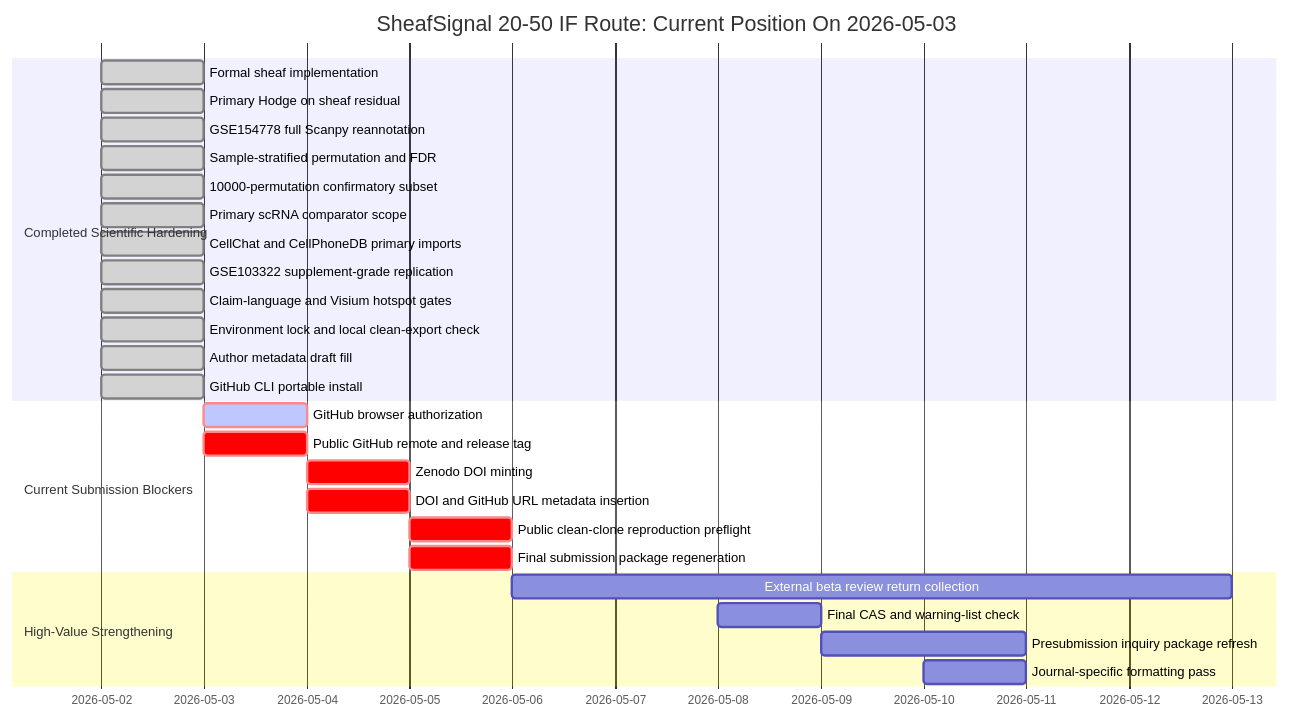
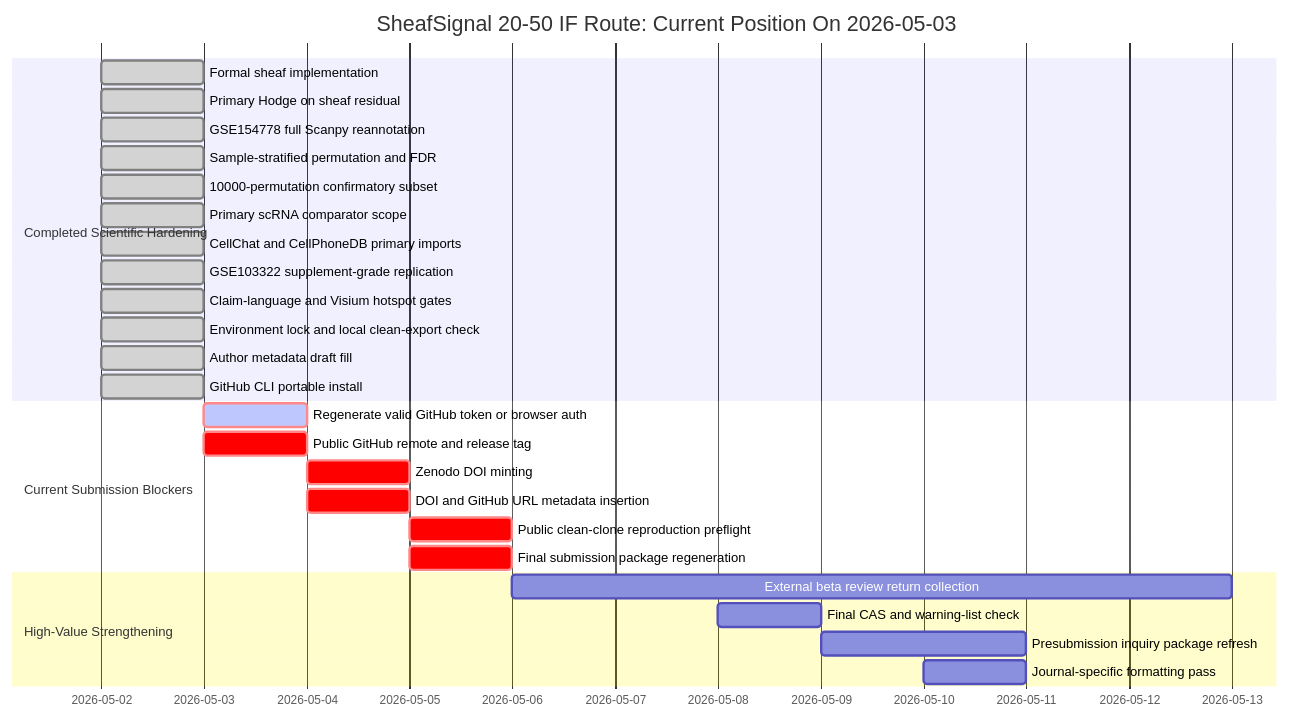
The diagram in manuscript/SHEAFSIGNAL_STATUS_DASHBOARD_2026-05-03.md (healthgreat/SheafSignal), drawn with Mermaid before and after one commit. The commit also changed other lines of this file, not shown here.

Commit message:
Record GitHub token blocker in status dashboard

````diff
--- a/manuscript/SHEAFSIGNAL_STATUS_DASHBOARD_2026-05-03.md
+++ b/manuscript/SHEAFSIGNAL_STATUS_DASHBOARD_2026-05-03.md
@@ -80,33 +84,33 @@
 ```mermaid
 gantt
     title SheafSignal 20-50 IF Route: Current Position On 2026-05-03
     dateFormat  YYYY-MM-DD
 
     section Completed Scientific Hardening
     Formal sheaf implementation                    :done, 2026-05-02, 1d
     Primary Hodge on sheaf residual                :done, 2026-05-02, 1d
     GSE154778 full Scanpy reannotation             :done, 2026-05-02, 1d
     Sample-stratified permutation and FDR          :done, 2026-05-02, 1d
     10000-permutation confirmatory subset          :done, 2026-05-02, 1d
     Primary scRNA comparator scope                 :done, 2026-05-02, 1d
     CellChat and CellPhoneDB primary imports       :done, 2026-05-02, 1d
     GSE103322 supplement-grade replication         :done, 2026-05-02, 1d
     Claim-language and Visium hotspot gates        :done, 2026-05-02, 1d
     Environment lock and local clean-export check  :done, 2026-05-02, 1d
     Author metadata draft fill                     :done, 2026-05-02, 1d
     GitHub CLI portable install                    :done, 2026-05-02, 1d
 
     section Current Submission Blockers
-    GitHub browser authorization                   :crit, active, 2026-05-03, 1d
+    Regenerate valid GitHub token or browser auth  :crit, active, 2026-05-03, 1d
     Public GitHub remote and release tag           :crit, 2026-05-03, 1d
     Zenodo DOI minting                             :crit, 2026-05-04, 1d
     DOI and GitHub URL metadata insertion          :crit, 2026-05-04, 1d
     Public clean-clone reproduction preflight      :crit, 2026-05-05, 1d
     Final submission package regeneration          :crit, 2026-05-05, 1d
 
     section High-Value Strengthening
     External beta review return collection         :2026-05-06, 7d
     Final CAS and warning-list check               :2026-05-08, 1d
     Presubmission inquiry package refresh          :2026-05-09, 2d
     Journal-specific formatting pass               :2026-05-10, 1d
 ```
````
